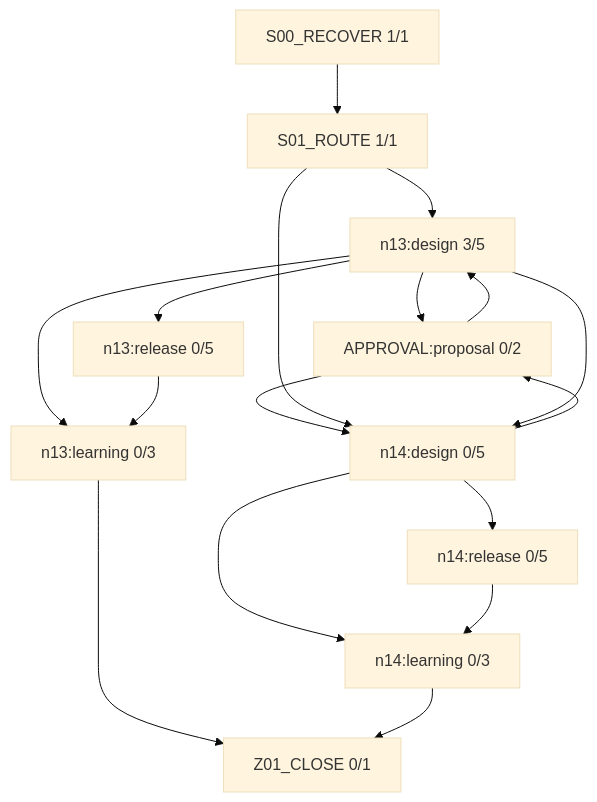
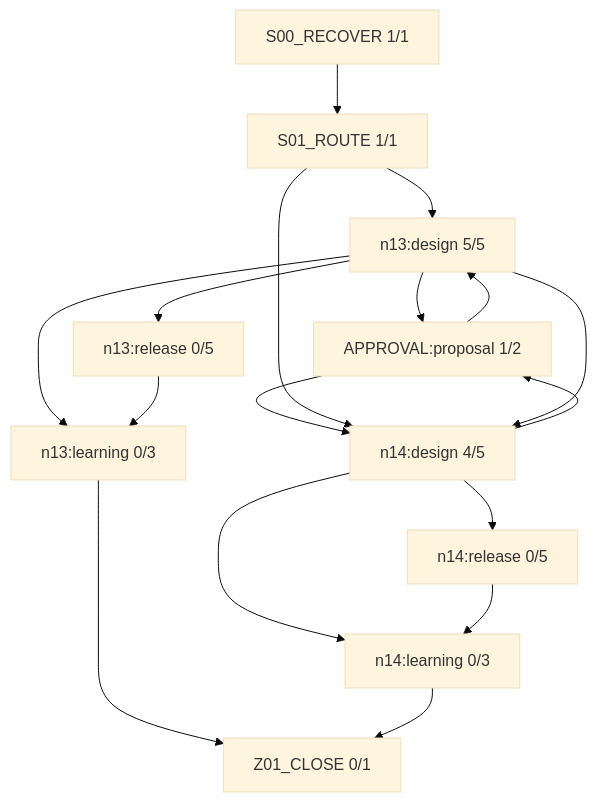
The diagram in work/items/W-MATH-048-n1314-source-audit/generated/FIRE_DIAGRAM.md (rrikunagasige-dot/kyotsu-step-web), drawn with Mermaid (base theme) before and after one commit. The commit also changed other lines of this file and 295 other files, not shown here.

````diff
--- a/work/items/W-MATH-048-n1314-source-audit/generated/FIRE_DIAGRAM.md
+++ b/work/items/W-MATH-048-n1314-source-audit/generated/FIRE_DIAGRAM.md
@@ -5,29 +5,29 @@
 ```mermaid
 flowchart TD
   N0["S00_RECOVER 1/1"]
   N1["S01_ROUTE 1/1"]
-  N2["n13:design 3/5"]
-  N3["APPROVAL:proposal 0/2"]
+  N2["n13:design 5/5"]
+  N3["APPROVAL:proposal 1/2"]
   N4["n13:release 0/5"]
-  N5["n14:design 0/5"]
+  N5["n14:design 4/5"]
   N6["n14:release 0/5"]
   N7["n13:learning 0/3"]
   N8["n14:learning 0/3"]
   N9["Z01_CLOSE 0/1"]
   N3 --> N2
   N3 --> N5
   N0 --> N1
   N1 --> N2
   N1 --> N5
   N2 --> N3
   N2 --> N7
   N2 --> N4
   N2 --> N5
   N7 --> N9
   N4 --> N7
   N5 --> N3
   N5 --> N8
   N5 --> N6
   N8 --> N9
   N6 --> N8
 ```
````
